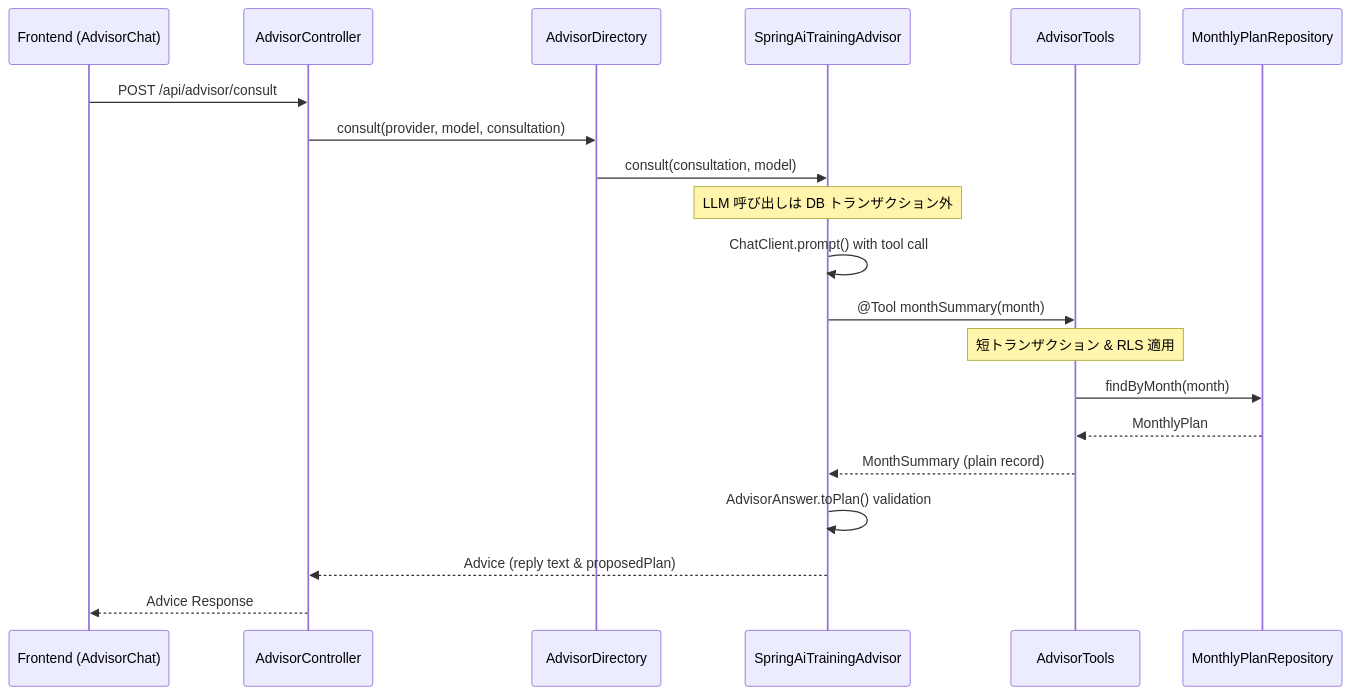
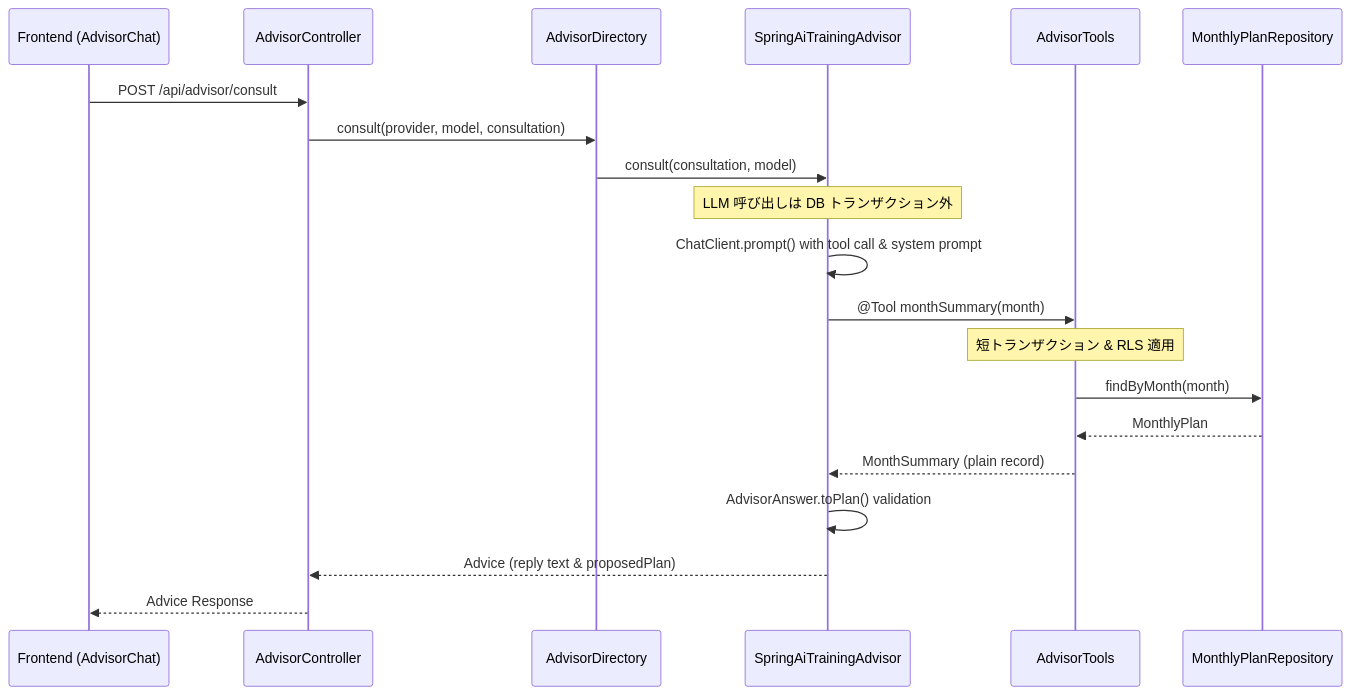
The second of 4 diagrams in openwiki/architecture/patterns.md (tis-abe-akira/run-buddy), drawn with Mermaid before and after one commit. The commit also changed other lines of this file and 12 other files, not shown here.

````diff
--- a/openwiki/architecture/patterns.md
+++ b/openwiki/architecture/patterns.md
@@ -173,23 +201,23 @@
 ```mermaid
 sequenceDiagram
     participant UI as Frontend (AdvisorChat)
     participant Ctrl as AdvisorController
     participant Dir as AdvisorDirectory
     participant Adv as SpringAiTrainingAdvisor
     participant Tools as AdvisorTools
     participant Repo as MonthlyPlanRepository
 
     UI->>Ctrl: POST /api/advisor/consult
     Ctrl->>Dir: consult(provider, model, consultation)
     Dir->>Adv: consult(consultation, model)
     Note over Adv: LLM 呼び出しは DB トランザクション外
-    Adv->>Adv: ChatClient.prompt() with tool call
+    Adv->>Adv: ChatClient.prompt() with tool call & system prompt
     Adv->>Tools: @Tool monthSummary(month)
     Note over Tools: 短トランザクション & RLS 適用
     Tools->>Repo: findByMonth(month)
     Repo-->>Tools: MonthlyPlan
     Tools-->>Adv: MonthSummary (plain record)
     Adv->>Adv: AdvisorAnswer.toPlan() validation
     Adv-->>Ctrl: Advice (reply text & proposedPlan)
     Ctrl-->>UI: Advice Response
 ```
````
